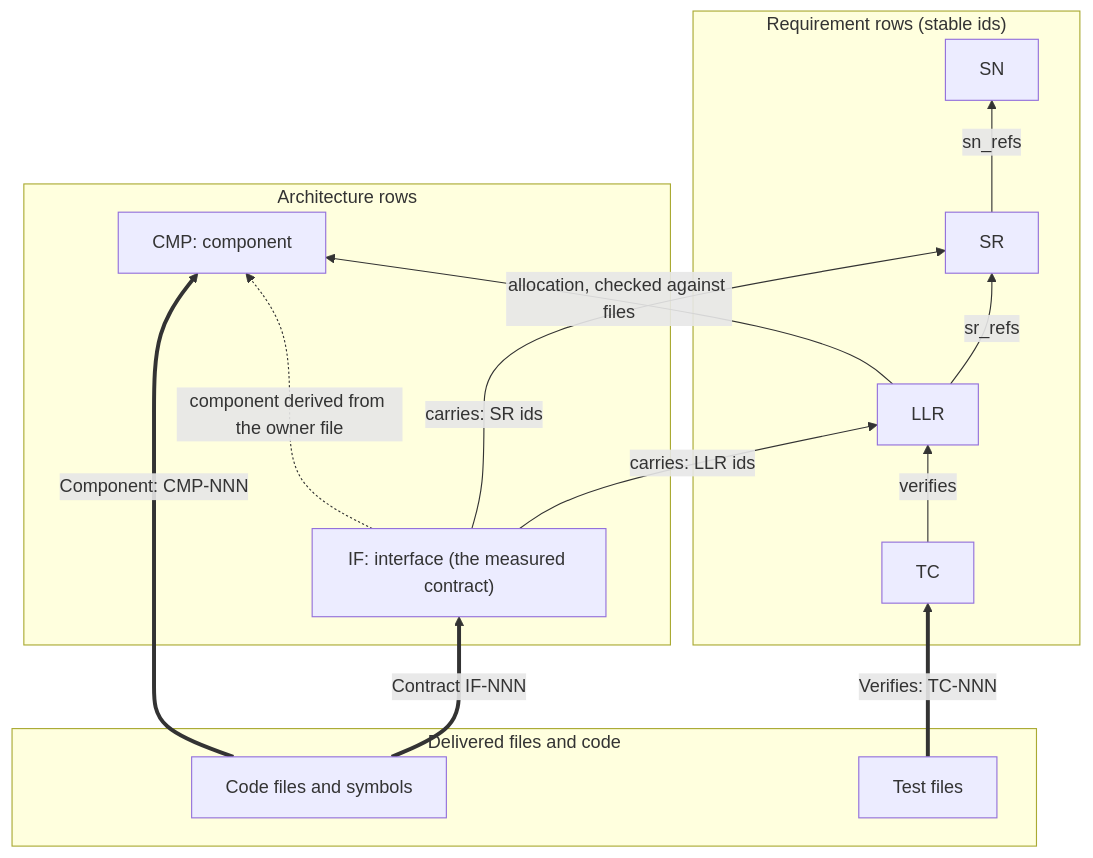
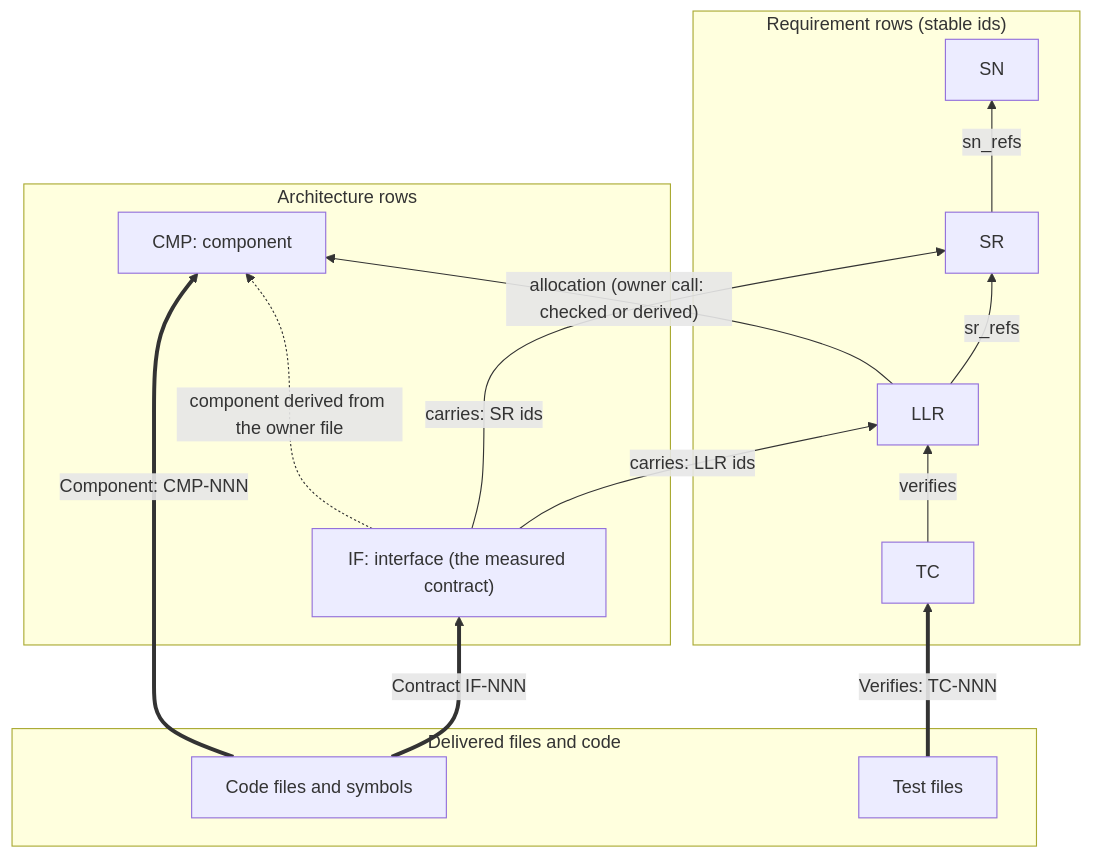
One commit to diytechy/ai-template changed the second of 2 diagrams in docs/plans/2026-10-11-review-churn/pointer-rules.md. Above: the diagram before and after it, drawn with Mermaid. The commit also changed other lines of this file and 4 other files, not shown here.

````diff
--- a/docs/plans/2026-10-11-review-churn/pointer-rules.md
+++ b/docs/plans/2026-10-11-review-churn/pointer-rules.md
@@ -75,27 +75,27 @@
 ```mermaid
 flowchart BT
   subgraph REQ["Requirement rows (stable ids)"]
     SN["SN"]
     SR["SR"]
     LLR["LLR"]
     TC["TC"]
   end
   subgraph ARCH["Architecture rows"]
     CMP["CMP: component"]
     IF["IF: interface (the measured contract)"]
   end
   subgraph REAL["Delivered files and code"]
     TESTS["Test files"]
     CODE["Code files and symbols"]
   end
   SR -->|sn_refs| SN
   LLR -->|sr_refs| SR
   TC -->|verifies| LLR
   IF -->|carries: LLR ids| LLR
   IF -->|carries: SR ids| SR
-  LLR -->|allocation, checked against files| CMP
+  LLR -->|"allocation (owner call: checked or derived)"| CMP
   CODE ==>|"Contract IF-NNN"| IF
   CODE ==>|"Component: CMP-NNN"| CMP
   TESTS ==>|"Verifies: TC-NNN"| TC
   IF -. component derived from the owner file .-> CMP
 ```
````
